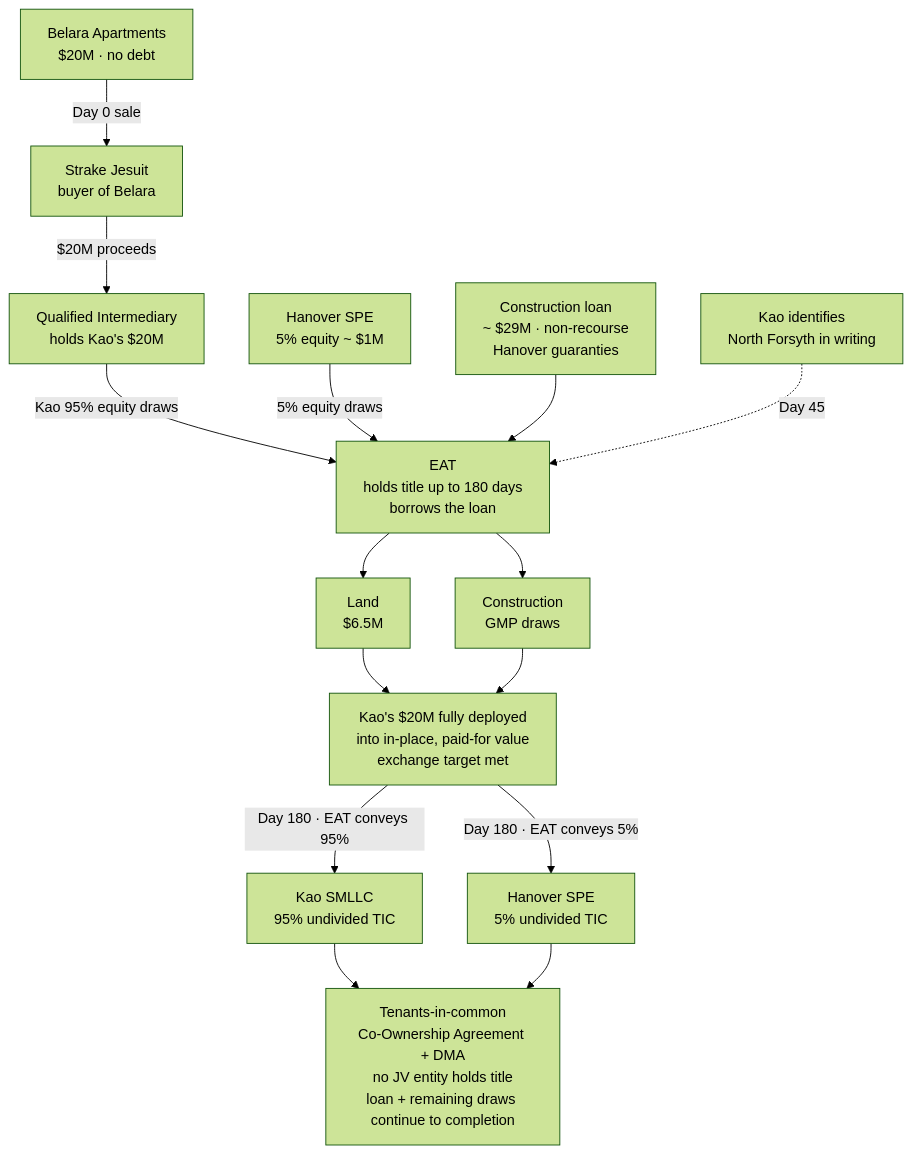
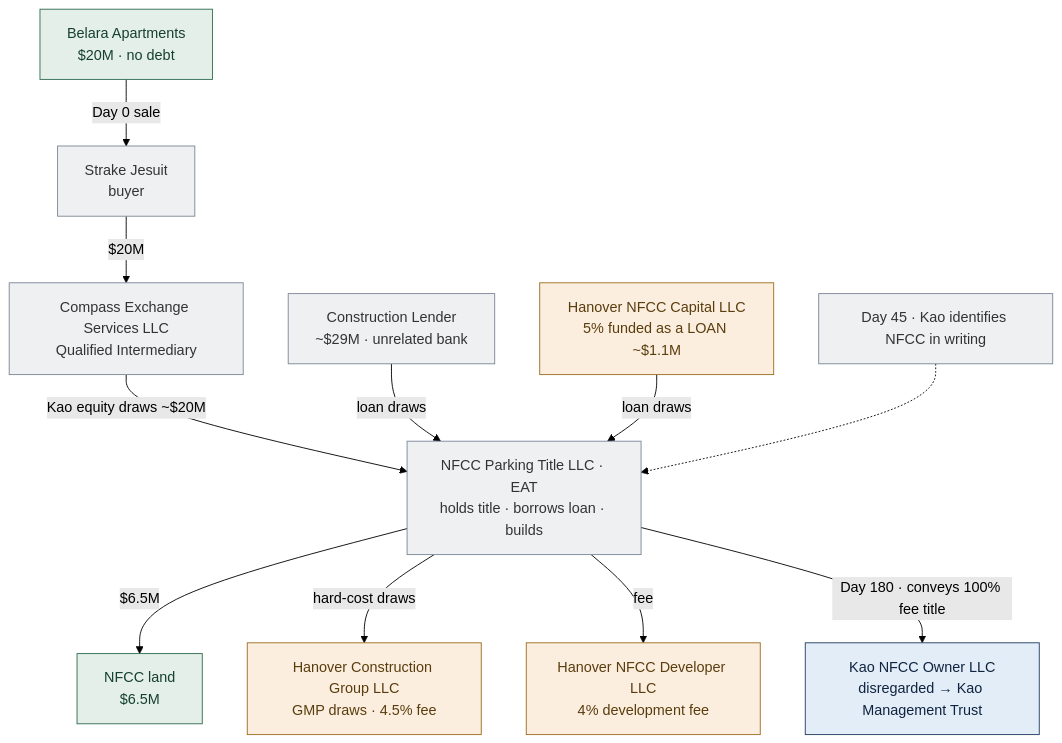
One commit to EthanCow/North-Forsyth-1031-Diagrams changed the second of 4 diagrams in North_Forsyth_1031_Diagrams.md. Above: the diagram before and after it, drawn with Mermaid (forest theme). The commit also changed other lines of this file and 2 other files, not shown here.

First line of the commit message:
Rebuild site around Structure A (Exchange First, Then Combine)

````diff
--- a/North_Forsyth_1031_Diagrams.md
+++ b/North_Forsyth_1031_Diagrams.md
@@ -81,37 +130,28 @@
 ```mermaid
 flowchart TB
-    Belara["Belara Apartments\n$20M · no debt"]
-    Strake["Strake Jesuit\nbuyer of Belara"]
-    QI["Qualified Intermediary\nholds Kao's $20M"]
-    Belara -->|"Day 0 sale"| Strake
-    Strake -->|"$20M proceeds"| QI
-
-    HanEq["Hanover SPE\n5% equity ~ $1M"]
-    Loan["Construction loan\n~ $29M · non-recourse\nHanover guaranties"]
-    EAT["EAT\nholds title up to 180 days\nborrows the loan"]
-
-    QI -->|"Kao 95% equity draws"| EAT
-    HanEq -->|"5% equity draws"| EAT
-    Loan --> EAT
-
-    Land["Land\n$6.5M"]
-    Build["Construction\nGMP draws"]
-    EAT --> Land
-    EAT --> Build
-
-    Used["Kao's $20M fully deployed\ninto in-place, paid-for value\nexchange target met"]
-    Land --> Used
-    Build --> Used
-
-    KaoLLC["Kao SMLLC\n95% undivided TIC"]
-    HanLLC["Hanover SPE\n5% undivided TIC"]
-    Used -->|"Day 180 · EAT conveys 95%"| KaoLLC
-    Used -->|"Day 180 · EAT conveys 5%"| HanLLC
-
-    Co["Tenants-in-common\nCo-Ownership Agreement + DMA\nno JV entity holds title\nloan + remaining draws continue to completion"]
-    KaoLLC --> Co
-    HanLLC --> Co
-
-    KaoID["Kao identifies\nNorth Forsyth in writing"]
-    KaoID -.->|"Day 45"| EAT
+  Belara["Belara Apartments<br/>$20M · no debt"]:::asset
+  Strake["Strake Jesuit<br/>buyer"]:::neutral
+  QI["Compass Exchange Services LLC<br/>Qualified Intermediary"]:::neutral
+  Lender["Construction Lender<br/>~$29M · unrelated bank"]:::neutral
+  HanCap["Hanover NFCC Capital LLC<br/>5% funded as a LOAN ~$1.1M"]:::han
+  EAT["NFCC Parking Title LLC · EAT<br/>holds title · borrows loan · builds"]:::neutral
+  Land["NFCC land<br/>$6.5M"]:::asset
+  GC["Hanover Construction Group LLC<br/>GMP draws · 4.5% fee"]:::han
+  Dev["Hanover NFCC Developer LLC<br/>4% development fee"]:::han
+  KaoLLC["Kao NFCC Owner LLC<br/>disregarded → Kao Management Trust"]:::kao
+  Belara -->|"Day 0 sale"| Strake
+  Strake -->|"$20M"| QI
+  QI -->|"Kao equity draws ~$20M"| EAT
+  Lender -->|"loan draws"| EAT
+  HanCap -->|"loan draws"| EAT
+  EAT -->|"$6.5M"| Land
+  EAT -->|"hard-cost draws"| GC
+  EAT -->|"fee"| Dev
+  EAT -->|"Day 180 · conveys 100% fee title"| KaoLLC
+  Ident["Day 45 · Kao identifies NFCC in writing"]:::neutral
+  Ident -.-> EAT
+  classDef kao fill:#e3edf7,stroke:#1f3a5f,color:#0f2440;
+  classDef han fill:#fbeede,stroke:#9c6b1e,color:#5a3d0e;
+  classDef neutral fill:#eef0f2,stroke:#7a8696,color:#333;
+  classDef asset fill:#e5efe9,stroke:#2d6a4f,color:#14402e;
 ```
````
